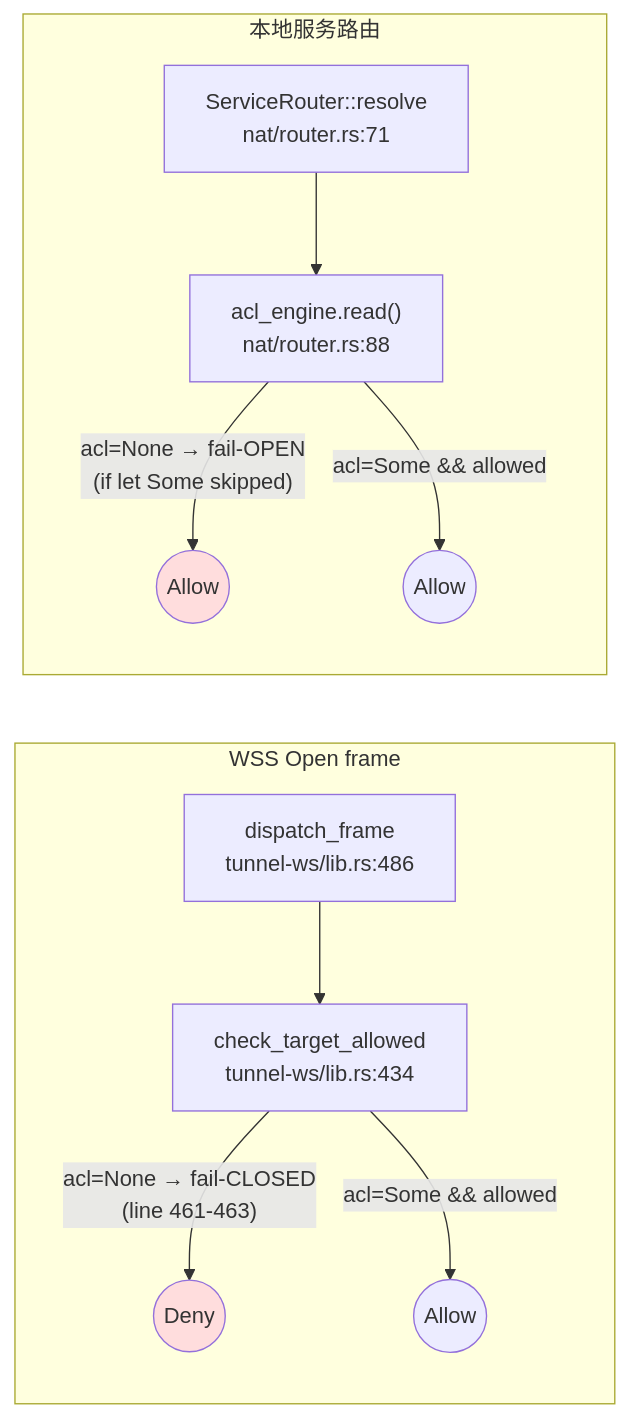
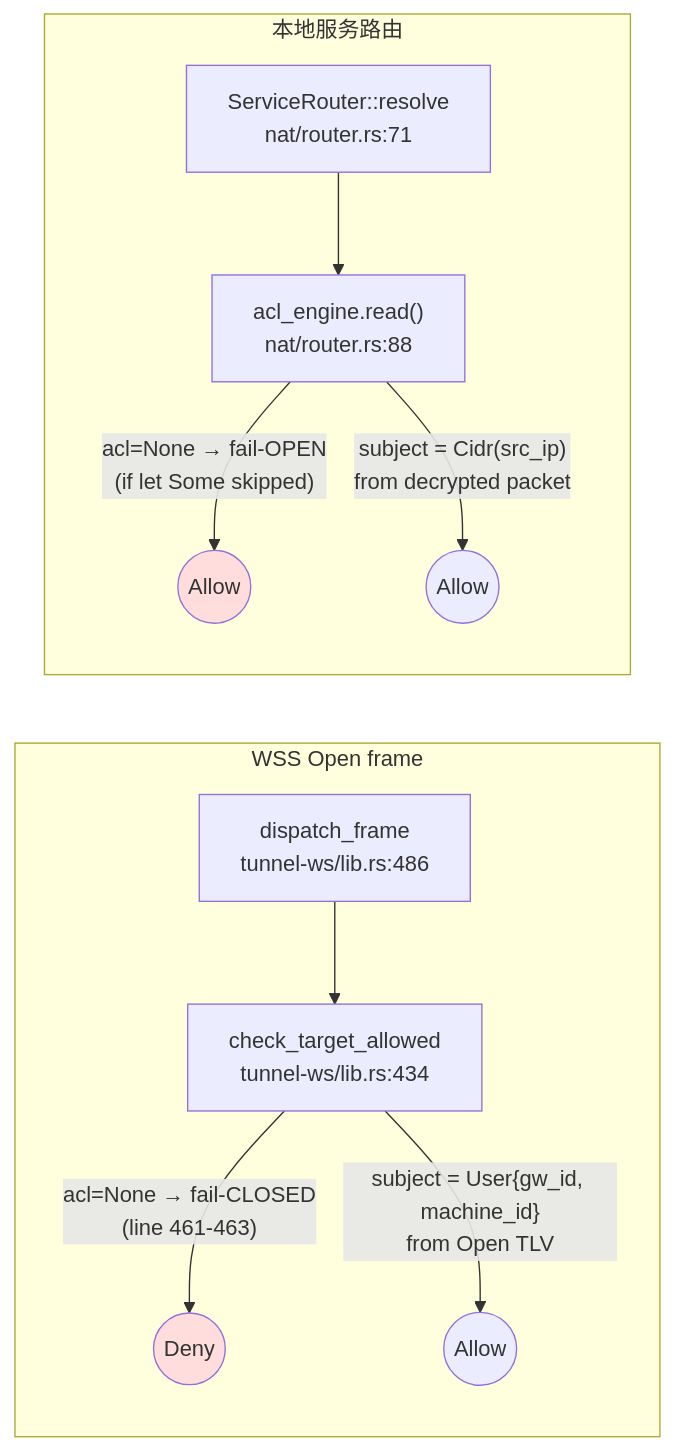
One commit to nsiod/docs changed the second of 2 diagrams in docs/10-nsn-nsc-critique/current-state.md. Above: the diagram before and after it, drawn with Mermaid. The commit also changed other lines of this file and 7 other files, not shown here.

First line of the commit message:
docs(acl): refactor src→subject, lift identity to user/group/nsgw

````diff
--- a/docs/10-nsn-nsc-critique/current-state.md
+++ b/docs/10-nsn-nsc-critique/current-state.md
@@ -67,17 +67,17 @@
 ```mermaid
 flowchart LR
     subgraph WSS["WSS Open frame"]
         WS_OPEN["dispatch_frame<br/>tunnel-ws/lib.rs:486"] --> WS_CHECK["check_target_allowed<br/>tunnel-ws/lib.rs:434"]
         WS_CHECK -->|"acl=None → fail-CLOSED<br/>(line 461-463)"| DENY1((Deny))
-        WS_CHECK -->|"acl=Some && allowed"| ALLOW1((Allow))
+        WS_CHECK -->|"subject = User{gw_id, machine_id}<br/>from Open TLV"| ALLOW1((Allow))
     end
 
     subgraph LOCAL["本地服务路由"]
         LOC_RES["ServiceRouter::resolve<br/>nat/router.rs:71"] --> LOC_CHECK["acl_engine.read()<br/>nat/router.rs:88"]
         LOC_CHECK -->|"acl=None → fail-OPEN<br/>(if let Some skipped)"| ALLOW2((Allow))
-        LOC_CHECK -->|"acl=Some && allowed"| ALLOW3((Allow))
+        LOC_CHECK -->|"subject = Cidr(src_ip)<br/>from decrypted packet"| ALLOW3((Allow))
     end
 
     style DENY1 fill:#fdd
     style ALLOW2 fill:#fdd
 ```
````
